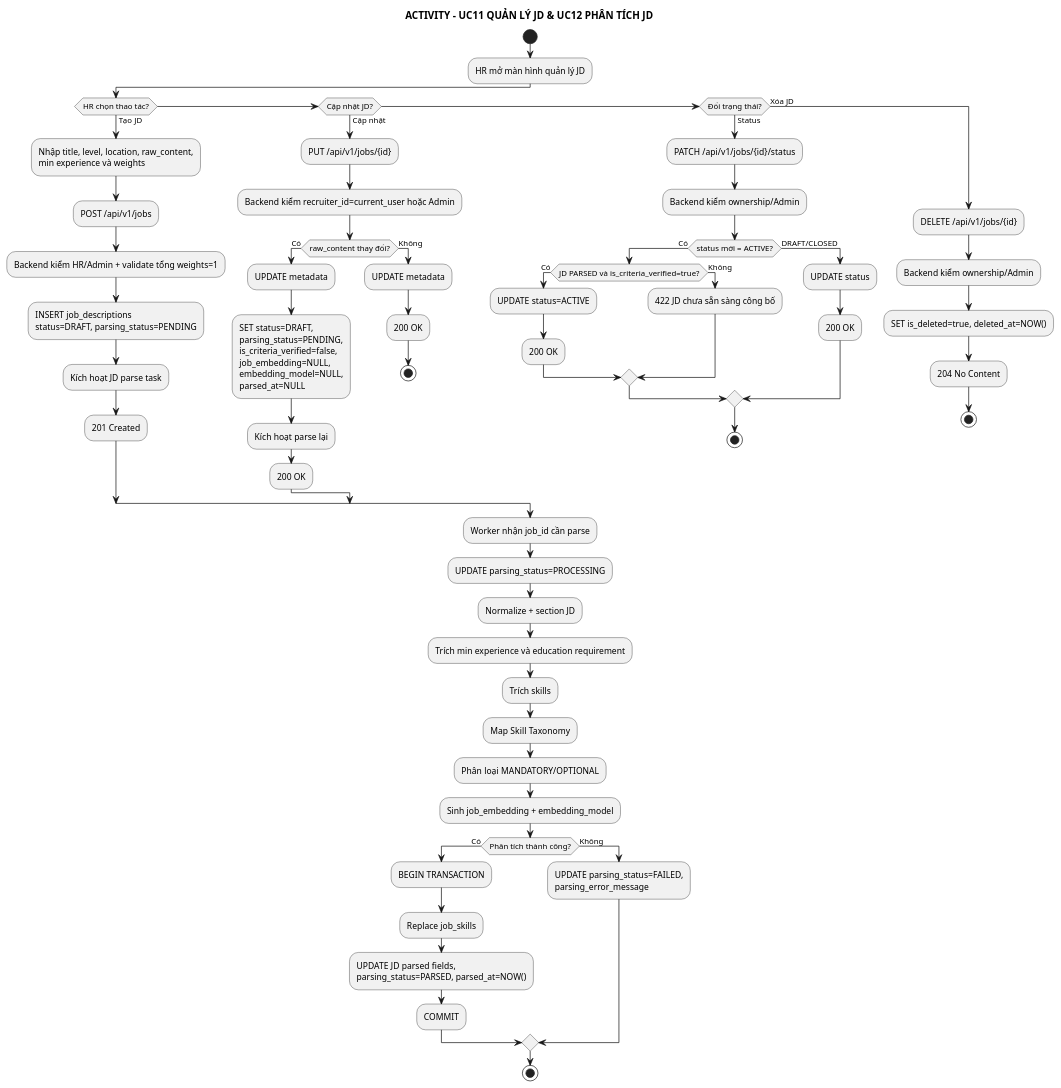
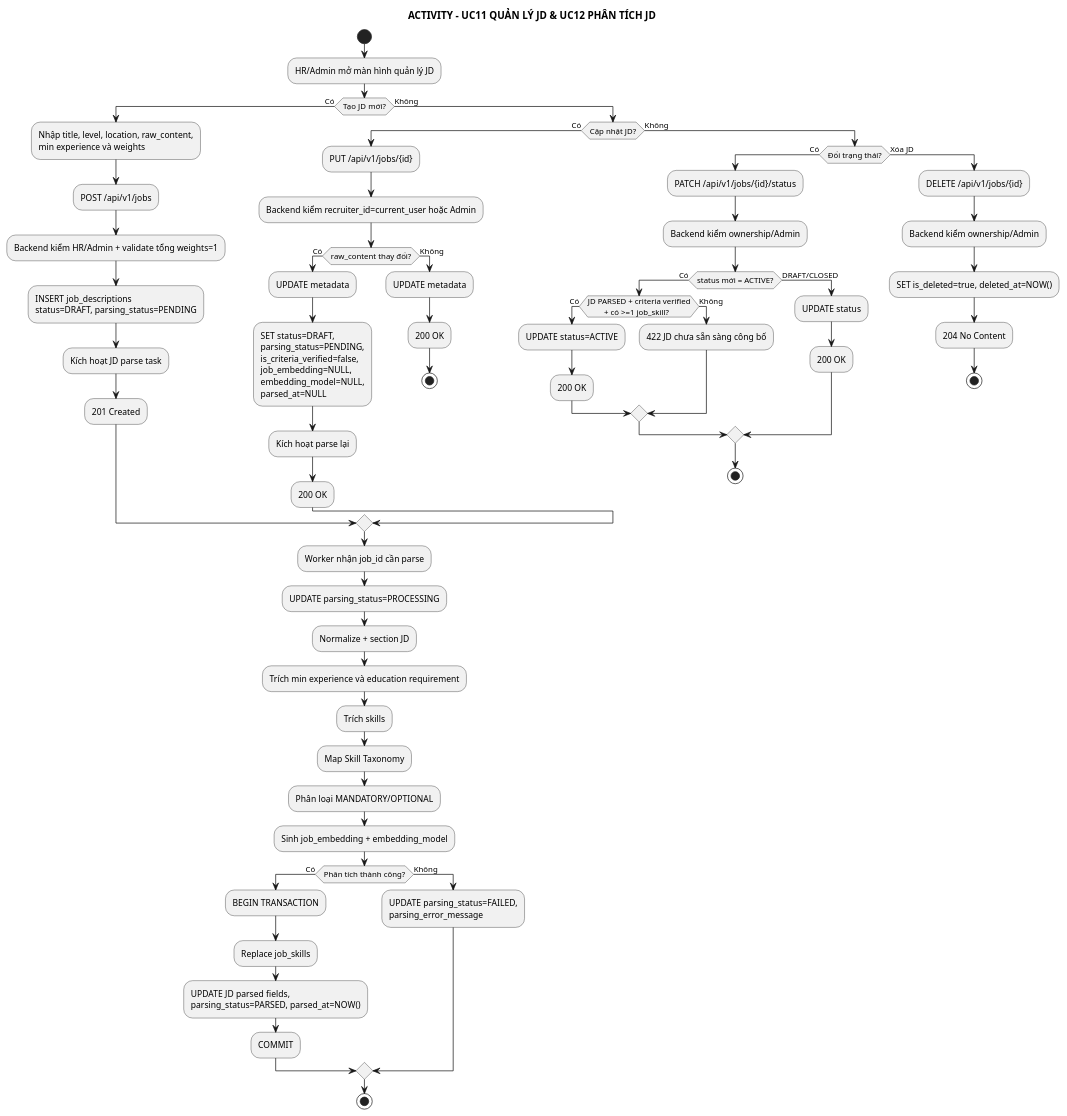
One commit to anh632k-ui/WebCVUngVienTuyenDung changed the diagram in docs/03_activity/act_uc11_12_manage_parse_jd.puml. Above: the diagram before and after it, drawn with PlantUML.

Commit message:
docs(pttk): make JD activity syntax safe and enforce readiness

```diff
--- a/docs/03_activity/act_uc11_12_manage_parse_jd.puml
+++ b/docs/03_activity/act_uc11_12_manage_parse_jd.puml
@@ -1,82 +1,84 @@
 @startuml
 skinparam monochrome true
 skinparam shadowing false
 
 title ACTIVITY - UC11 QUẢN LÝ JD & UC12 PHÂN TÍCH JD
 
 start
-:HR mở màn hình quản lý JD;
+:HR/Admin mở màn hình quản lý JD;
 
-if (HR chọn thao tác?) then (Tạo JD)
+if (Tạo JD mới?) then (Có)
   :Nhập title, level, location, raw_content,
   min experience và weights;
   :POST /api/v1/jobs;
   :Backend kiểm HR/Admin + validate tổng weights=1;
   :INSERT job_descriptions
   status=DRAFT, parsing_status=PENDING;
   :Kích hoạt JD parse task;
   :201 Created;
-
-else if (Cập nhật JD?) then (Cập nhật)
-  :PUT /api/v1/jobs/{id};
-  :Backend kiểm recruiter_id=current_user hoặc Admin;
-  if (raw_content thay đổi?) then (Có)
-    :UPDATE metadata;
-    :SET status=DRAFT,
-    parsing_status=PENDING,
-    is_criteria_verified=false,
-    job_embedding=NULL,
-    embedding_model=NULL,
-    parsed_at=NULL;
-    :Kích hoạt parse lại;
-    :200 OK;
-  else (Không)
-    :UPDATE metadata;
-    :200 OK;
-    stop
-  endif
-
-else if (Đổi trạng thái?) then (Status)
-  :PATCH /api/v1/jobs/{id}/status;
-  :Backend kiểm ownership/Admin;
-  if (status mới = ACTIVE?) then (Có)
-    if (JD PARSED và is_criteria_verified=true?) then (Có)
-      :UPDATE status=ACTIVE;
+else (Không)
+  if (Cập nhật JD?) then (Có)
+    :PUT /api/v1/jobs/{id};
+    :Backend kiểm recruiter_id=current_user hoặc Admin;
+    if (raw_content thay đổi?) then (Có)
+      :UPDATE metadata;
+      :SET status=DRAFT,
+      parsing_status=PENDING,
+      is_criteria_verified=false,
+      job_embedding=NULL,
+      embedding_model=NULL,
+      parsed_at=NULL;
+      :Kích hoạt parse lại;
       :200 OK;
     else (Không)
-      :422 JD chưa sẵn sàng công bố;
+      :UPDATE metadata;
+      :200 OK;
+      stop
     endif
-  else (DRAFT/CLOSED)
-    :UPDATE status;
-    :200 OK;
+  else (Không)
+    if (Đổi trạng thái?) then (Có)
+      :PATCH /api/v1/jobs/{id}/status;
+      :Backend kiểm ownership/Admin;
+      if (status mới = ACTIVE?) then (Có)
+        if (JD PARSED + criteria verified
+        + có >=1 job_skill?) then (Có)
+          :UPDATE status=ACTIVE;
+          :200 OK;
+        else (Không)
+          :422 JD chưa sẵn sàng công bố;
+        endif
+      else (DRAFT/CLOSED)
+        :UPDATE status;
+        :200 OK;
+      endif
+      stop
+    else (Xóa JD)
+      :DELETE /api/v1/jobs/{id};
+      :Backend kiểm ownership/Admin;
+      :SET is_deleted=true, deleted_at=NOW();
+      :204 No Content;
+      stop
+    endif
   endif
-  stop
-
-else (Xóa JD)
-  :DELETE /api/v1/jobs/{id};
-  :Backend kiểm ownership/Admin;
-  :SET is_deleted=true, deleted_at=NOW();
-  :204 No Content;
-  stop
 endif
 
 :Worker nhận job_id cần parse;
 :UPDATE parsing_status=PROCESSING;
 :Normalize + section JD;
 :Trích min experience và education requirement;
 :Trích skills;
 :Map Skill Taxonomy;
 :Phân loại MANDATORY/OPTIONAL;
 :Sinh job_embedding + embedding_model;
 if (Phân tích thành công?) then (Có)
   :BEGIN TRANSACTION;
   :Replace job_skills;
   :UPDATE JD parsed fields,
   parsing_status=PARSED, parsed_at=NOW();
   :COMMIT;
 else (Không)
   :UPDATE parsing_status=FAILED,
   parsing_error_message;
 endif
 stop
 @enduml
```
